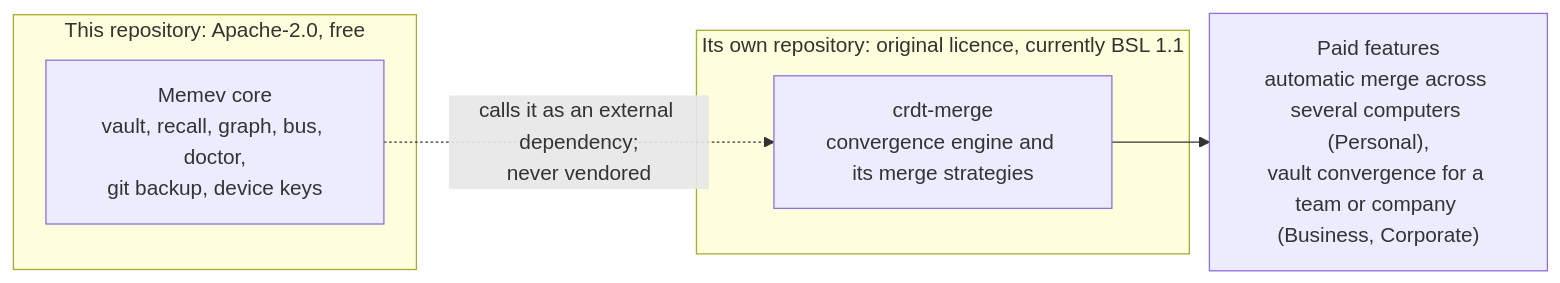
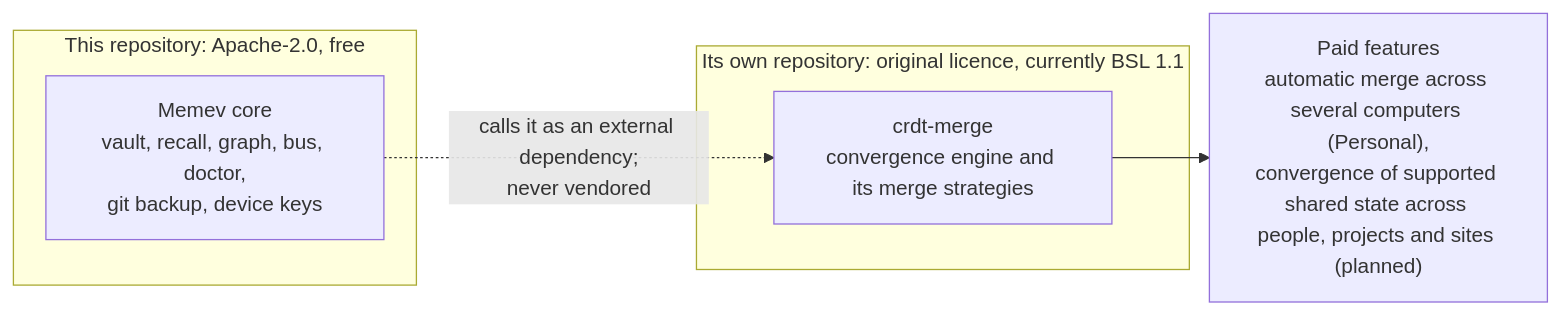
Before and after one commit to mgillr/memev: the diagram in docs/CONVERGENCE.md, drawn with Mermaid. The commit also changed other lines of this file, not shown here.

Commit message:
docs: clarify convergence role in federation roadmap (mgillr)

````diff
--- a/docs/CONVERGENCE.md
+++ b/docs/CONVERGENCE.md
@@ -22,11 +22,11 @@
 ```mermaid
 flowchart LR
     subgraph repo["This repository: Apache-2.0, free"]
         core["Memev core<br/>vault, recall, graph, bus, doctor,<br/>git backup, device keys"]
     end
     subgraph other["Its own repository: original licence, currently BSL 1.1"]
         engine["crdt-merge<br/>convergence engine and its merge strategies"]
     end
     core -. "calls it as an external dependency;<br/>never vendored" .-> engine
-    engine --> paid["Paid features<br/>automatic merge across several computers (Personal),<br/>vault convergence for a team or company (Business, Corporate)"]
+    engine --> paid["Paid features<br/>automatic merge across several computers (Personal),<br/>convergence of supported shared state across people, projects and sites (planned)"]
 ```
````
